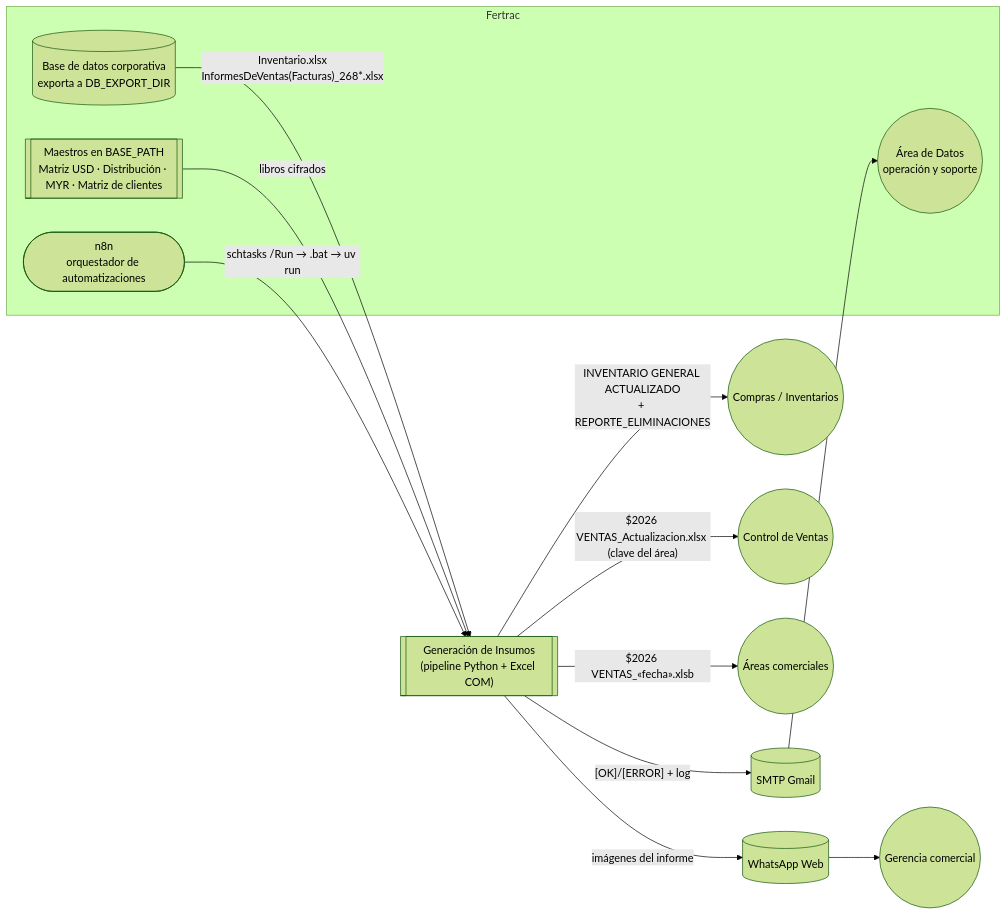
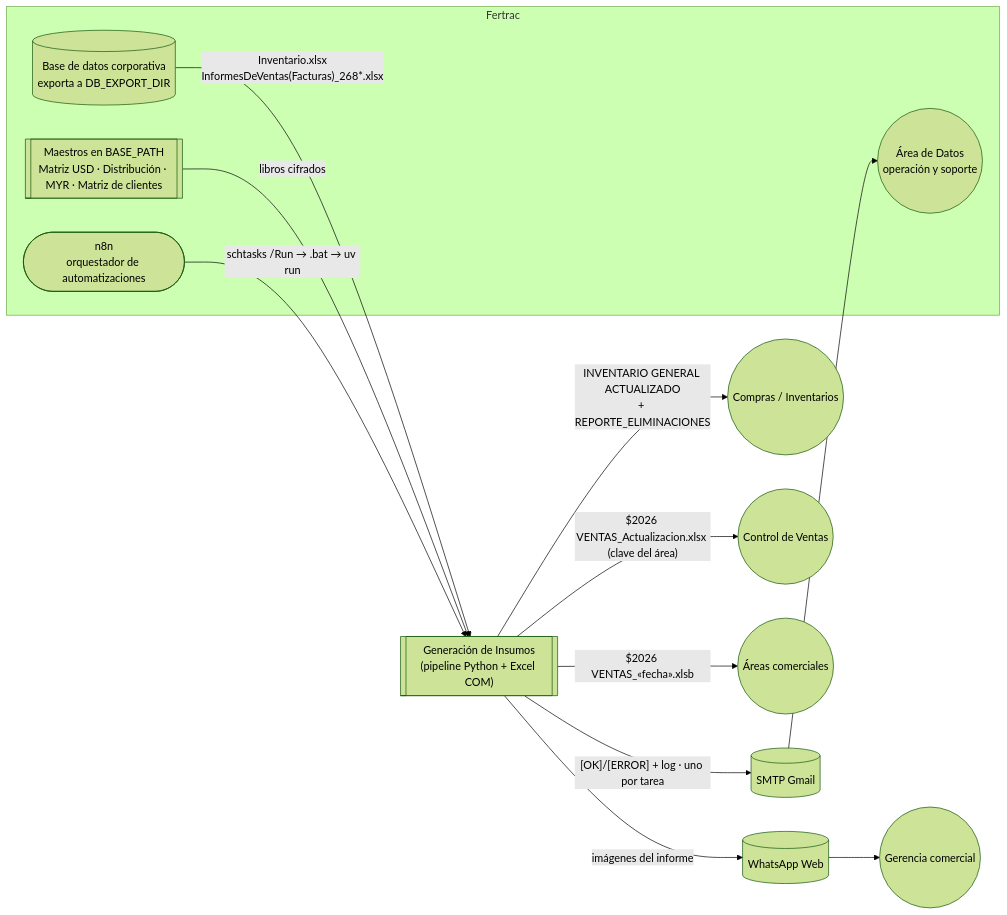
One commit to developments-fertrac/generacion_insumos changed the first of 2 diagrams in docs/arquitectura/01_contexto_C4.md. Above: the diagram before and after it, drawn with Mermaid (forest theme). The commit also changed other lines of this file and 16 other files, not shown here.

Commit message:
graphify updated

````diff
--- a/docs/arquitectura/01_contexto_C4.md
+++ b/docs/arquitectura/01_contexto_C4.md
@@ -8,25 +10,25 @@
 ```mermaid
 flowchart LR
     subgraph Fertrac
       BD[(Base de datos corporativa<br/>exporta a DB_EXPORT_DIR)]
       MAE[[Maestros en BASE_PATH<br/>Matriz USD · Distribución · MYR · Matriz de clientes]]
       N8N([n8n<br/>orquestador de automatizaciones])
       OPS((Área de Datos<br/>operación y soporte))
     end
     SYS[["Generación de Insumos<br/>(pipeline Python + Excel COM)"]]
     COMPRAS((Compras / Inventarios))
     CTRL((Control de Ventas))
     COM((Áreas comerciales))
     GER((Gerencia comercial))
     SMTP[(SMTP Gmail)]
     WA[(WhatsApp Web)]
 
     BD -- "Inventario.xlsx<br/>InformesDeVentas(Facturas)_268*.xlsx" --> SYS
     MAE -- "libros cifrados" --> SYS
     N8N -- "schtasks /Run → .bat → uv run" --> SYS
     SYS -- "INVENTARIO GENERAL ACTUALIZADO<br/>+ REPORTE_ELIMINACIONES" --> COMPRAS
     SYS -- "$2026 VENTAS_Actualizacion.xlsx (clave del área)" --> CTRL
     SYS -- "$2026 VENTAS_«fecha».xlsb" --> COM
     SYS -- "imágenes del informe" --> WA --> GER
-    SYS -- "[OK]/[ERROR] + log" --> SMTP --> OPS
+    SYS -- "[OK]/[ERROR] + log · uno por tarea" --> SMTP --> OPS
 ```
````
